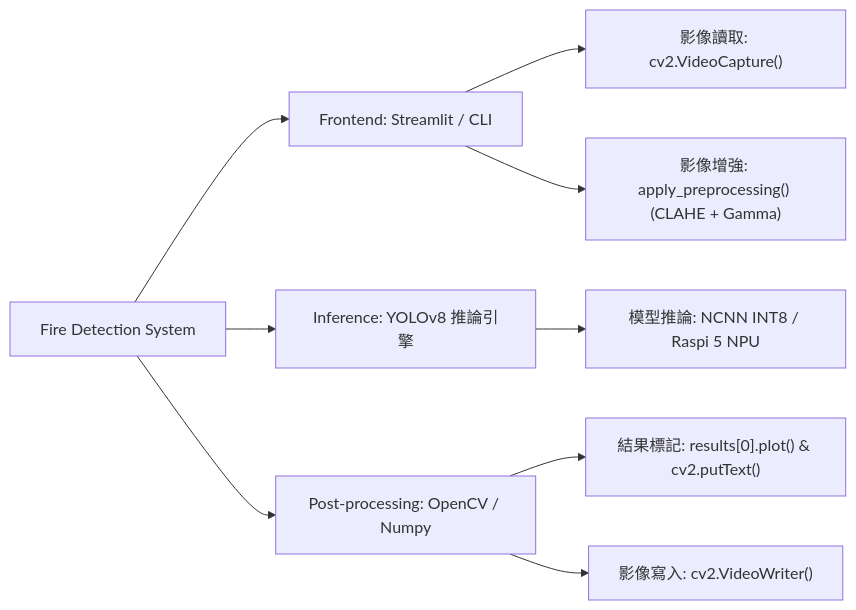
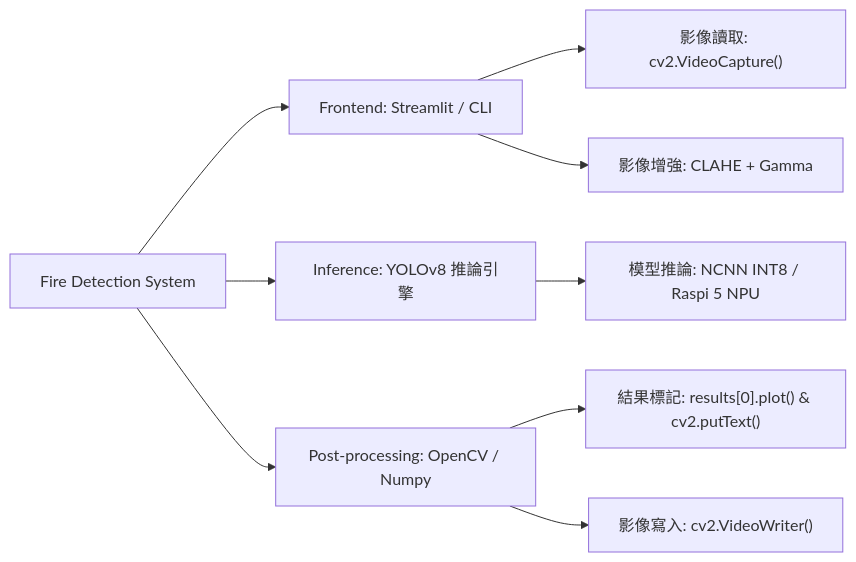
Before and after one commit to hank921109/114-2-Fire_Smoke_Detection: the first of 3 diagrams in README.md, drawn with Mermaid. The commit also changed other lines of this file and 2 other files, not shown here.

First line of the commit message:
docs: update task allocation, align diagram names, and track pipeline

````diff
--- a/README.md
+++ b/README.md
@@ -59,15 +59,15 @@
 ```mermaid
 graph LR
     System[Fire Detection System]
 
     System --> UI[Frontend: Streamlit / CLI]
     UI --> Reader["影像讀取: cv2.VideoCapture()"]
-    UI --> Enhancement["影像增強: apply_preprocessing() (CLAHE + Gamma)"]
+    UI --> Enhancement["影像增強: CLAHE + Gamma"]
 
     System --> Core[Inference: YOLOv8 推論引擎]
     Core --> Predict["模型推論: NCNN INT8 / Raspi 5 NPU"]
 
     System --> Post[Post-processing: OpenCV / Numpy]
     Post --> Overlay["結果標記: results[0].plot() & cv2.putText()"]
     Post --> Writer["影像寫入: cv2.VideoWriter()"]
 ```
````
